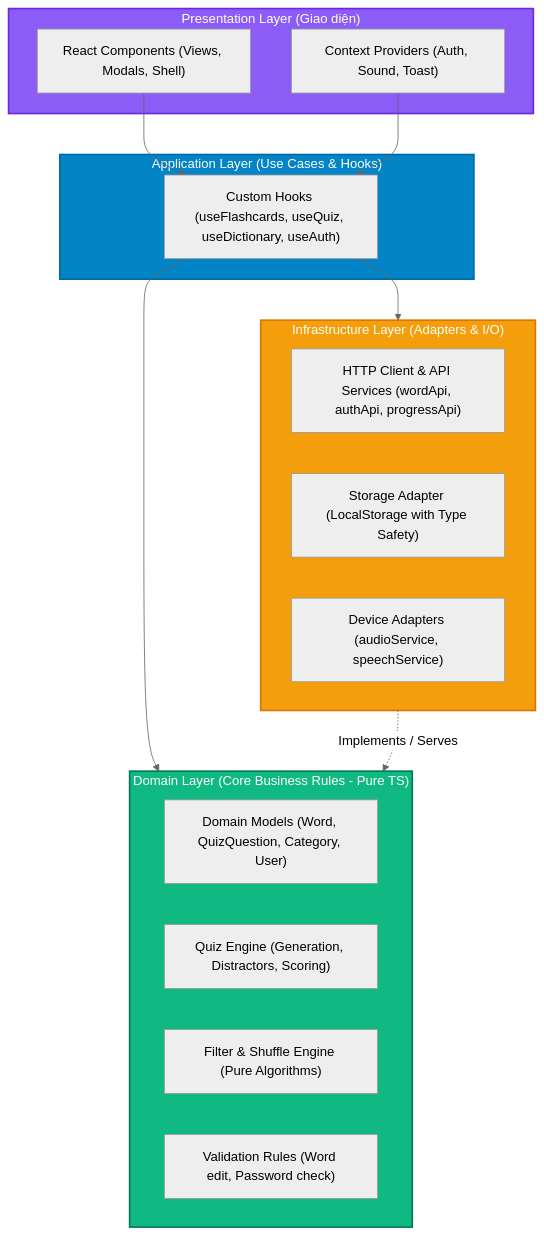
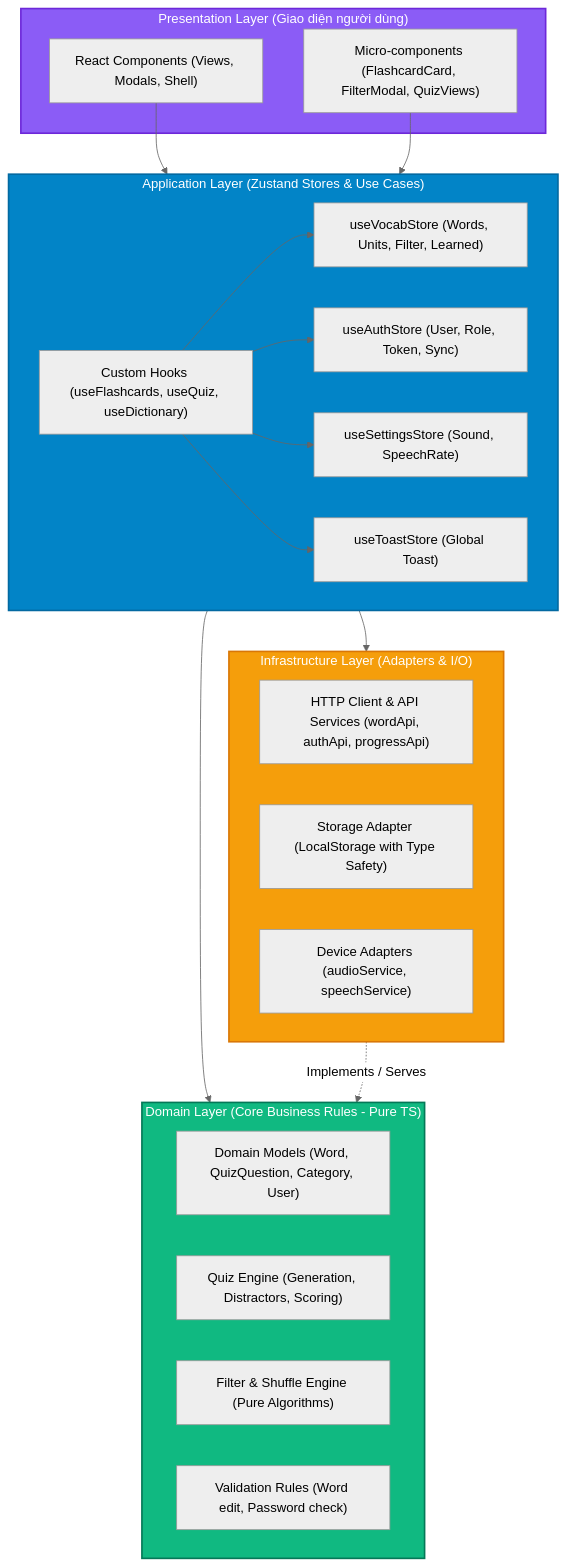
The first of 2 diagrams in strat.md (Lelequyngocquy/vocabulary-flashcards), drawn with Mermaid (neutral theme) before and after one commit. The commit also changed other lines of this file and 69 other files, not shown here.

Commit message:
refactor: clean architecture and zustand state management

````diff
--- a/strat.md
+++ b/strat.md
@@ -71,35 +77,43 @@
 ```mermaid
 flowchart TD
-    subgraph Presentation ["Presentation Layer (Giao diện)"]
+    subgraph Presentation ["Presentation Layer (Giao diện người dùng)"]
         UI_Components["React Components (Views, Modals, Shell)"]
-        UI_Contexts["Context Providers (Auth, Sound, Toast)"]
+        UI_Micro["Micro-components (FlashcardCard, FilterModal, QuizViews)"]
     end
 
-    subgraph Application ["Application Layer (Use Cases & Hooks)"]
-        Hooks["Custom Hooks (useFlashcards, useQuiz, useDictionary, useAuth)"]
+    subgraph Application ["Application Layer (Zustand Stores & Use Cases)"]
+        VocabStore["useVocabStore (Words, Units, Filter, Learned)"]
+        AuthStore["useAuthStore (User, Role, Token, Sync)"]
+        SettingsStore["useSettingsStore (Sound, SpeechRate)"]
+        ToastStore["useToastStore (Global Toast)"]
+        FeatureHooks["Custom Hooks (useFlashcards, useQuiz, useDictionary)"]
     end
 
     subgraph Infrastructure ["Infrastructure Layer (Adapters & I/O)"]
         HttpClient["HTTP Client & API Services (wordApi, authApi, progressApi)"]
         StorageAdapter["Storage Adapter (LocalStorage with Type Safety)"]
         DeviceAdapter["Device Adapters (audioService, speechService)"]
     end
 
     subgraph Domain ["Domain Layer (Core Business Rules - Pure TS)"]
         Entities["Domain Models (Word, QuizQuestion, Category, User)"]
         QuizEngine["Quiz Engine (Generation, Distractors, Scoring)"]
         FilterEngine["Filter & Shuffle Engine (Pure Algorithms)"]
         ValidationRules["Validation Rules (Word edit, Password check)"]
     end
 
-    UI_Components --> Hooks
-    UI_Contexts --> Hooks
-    Hooks --> Domain
-    Hooks --> Infrastructure
+    UI_Components --> Application
+    UI_Micro --> Application
+    FeatureHooks --> VocabStore
+    FeatureHooks --> AuthStore
+    FeatureHooks --> SettingsStore
+    FeatureHooks --> ToastStore
+    Application --> Domain
+    Application --> Infrastructure
     Infrastructure -.->|Implements / Serves| Domain
-    
+
     style Domain fill:#10b981,stroke:#047857,stroke-width:2px,color:#fff
     style Application fill:#0284c7,stroke:#0369a1,stroke-width:2px,color:#fff
     style Infrastructure fill:#f59e0b,stroke:#d97706,stroke-width:2px,color:#fff
     style Presentation fill:#8b5cf6,stroke:#6d28d9,stroke-width:2px,color:#fff
 ```
````
